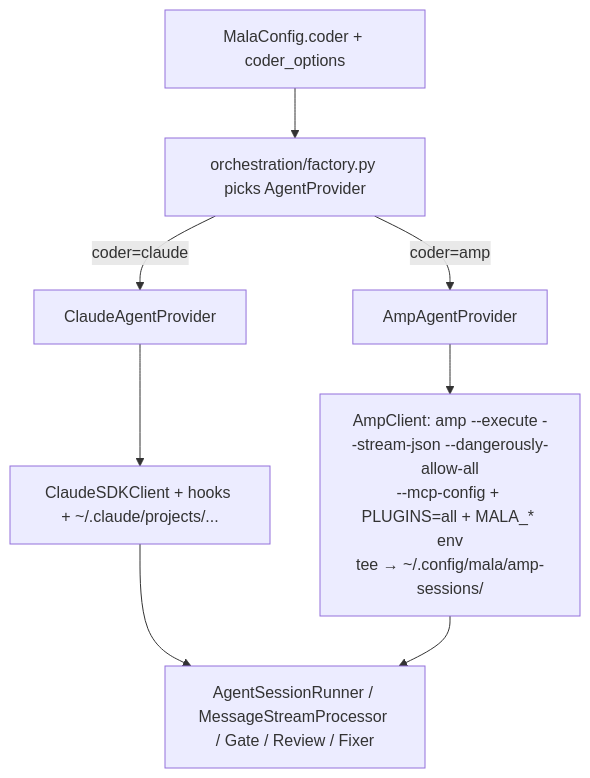
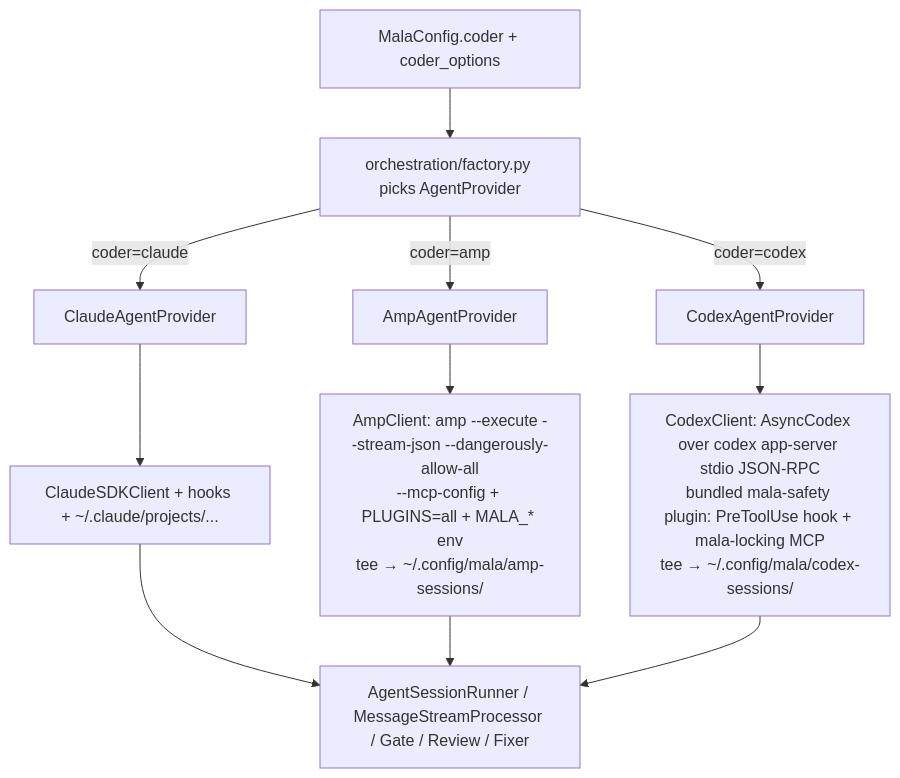
Before and after one commit to charlieyou/mala: the sixth of 6 diagrams in docs/architecture.md, drawn with Mermaid. The commit also changed other lines of this file and 4 other files, not shown here.

First line of the commit message:
bd-mala-b18dd.13.3: document Codex provider end-to-end (T020/I4)

````diff
--- a/docs/architecture.md
+++ b/docs/architecture.md
@@ -632,11 +634,14 @@
 ```mermaid
 flowchart TD
   CFG[MalaConfig.coder + coder_options]
   CFG --> Factory[orchestration/factory.py picks AgentProvider]
   Factory -->|coder=claude| CL[ClaudeAgentProvider]
   Factory -->|coder=amp| AM[AmpAgentProvider]
+  Factory -->|coder=codex| CX[CodexAgentProvider]
   CL --> CLC[ClaudeSDKClient + hooks + ~/.claude/projects/...]
   AM --> AMC[AmpClient: amp --execute --stream-json --dangerously-allow-all<br/>--mcp-config + PLUGINS=all + MALA_* env<br/>tee → ~/.config/mala/amp-sessions/]
+  CX --> CXC[CodexClient: AsyncCodex over codex app-server stdio JSON-RPC<br/>bundled mala-safety plugin: PreToolUse hook + mala-locking MCP<br/>tee → ~/.config/mala/codex-sessions/]
   CLC --> Pipe[AgentSessionRunner / MessageStreamProcessor / Gate / Review / Fixer]
   AMC --> Pipe
+  CXC --> Pipe
 ```
````
